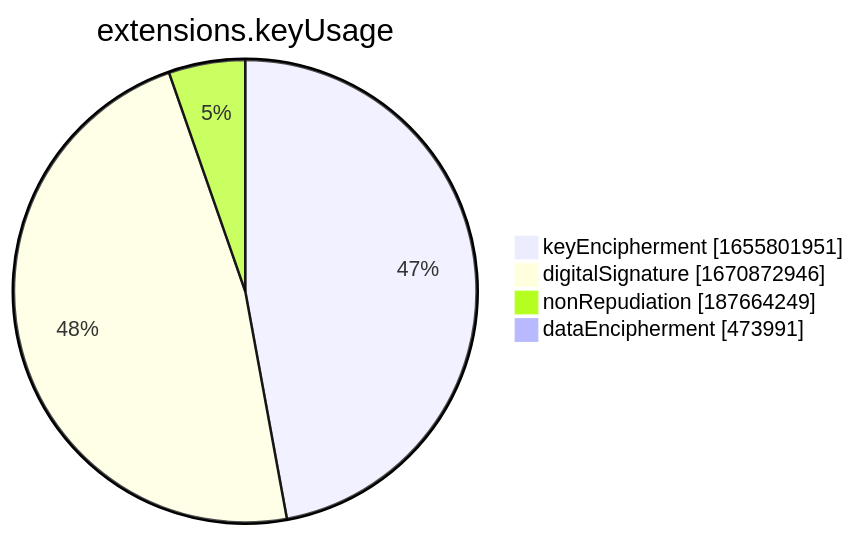
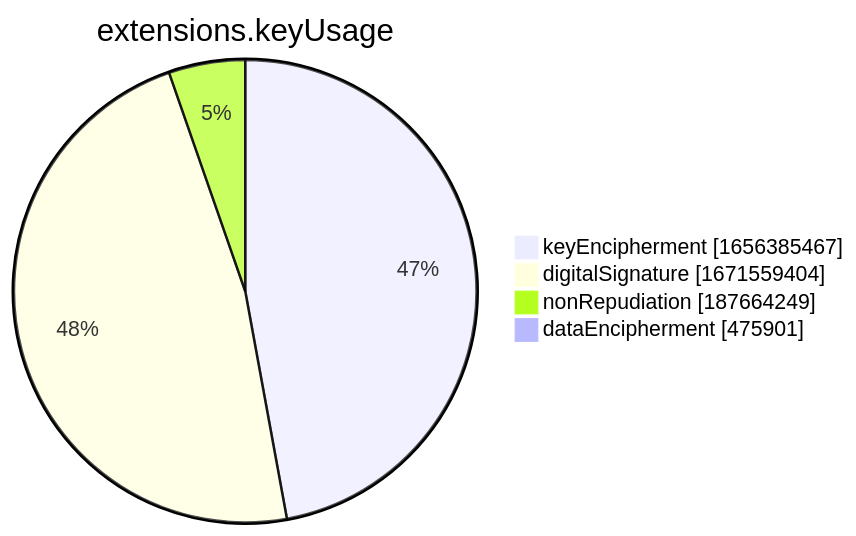
The seventh of 15 diagrams in xenon2022/README.md (christiankrug/ctmonitor_visualization), drawn with Mermaid before and after one commit. The commit also changed other lines of this file, not shown here.

````diff
--- a/xenon2022/README.md
+++ b/xenon2022/README.md
@@ -2857,8 +2857,8 @@
 ```mermaid
 pie showData
 title extensions.keyUsage
-"keyEncipherment" :1655801951
-"digitalSignature" :1670872946
+"keyEncipherment" :1656385467
+"digitalSignature" :1671559404
 "nonRepudiation" :187664249
-"dataEncipherment" :473991
+"dataEncipherment" :475901
 ```
````
